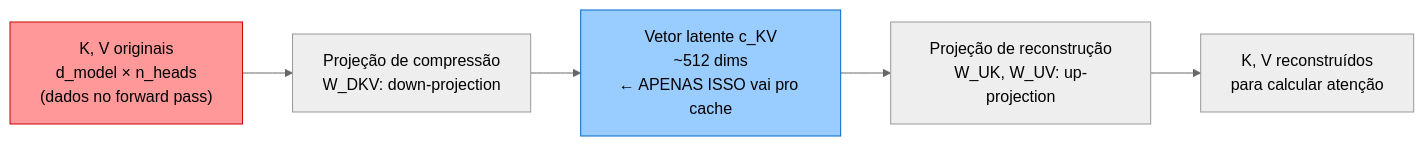
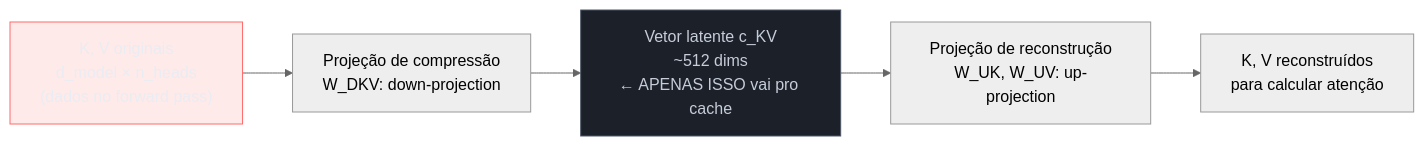
One commit to josenaldo/codex-technomanticus changed the fourth of 5 diagrams in 03-Dominios/Tecnologia/IA/Anatomia dos LLMs/04b - Encolhendo o KV cache — MHA, MQA, GQA, MLA.md. Above: the diagram before and after it, drawn with Mermaid (neutral theme). The commit also changed other lines of this file and 1181 other files, not shown here.

First line of the commit message:
fix(diagramas): paleta do sistema no lugar de cor cravada no markdown

````diff
--- a/03-Dominios/Tecnologia/IA/Anatomia dos LLMs/04b - Encolhendo o KV cache — MHA, MQA, GQA, MLA.md
+++ b/03-Dominios/Tecnologia/IA/Anatomia dos LLMs/04b - Encolhendo o KV cache — MHA, MQA, GQA, MLA.md
@@ -145,9 +151,11 @@
 ```mermaid
 graph LR
+    classDef neutro fill:#1B2029,stroke:#4E5666,color:#C6CCD8
+    classDef falha fill:#FF6B6B24,stroke:#FF6B6B,color:#E9ECF2
     A["K, V originais\nd_model × n_heads\n(dados no forward pass)"] --> B["Projeção de compressão\nW_DKV: down-projection"]
     B --> C["Vetor latente c_KV\n~512 dims\n← APENAS ISSO vai pro cache"]
     C --> D["Projeção de reconstrução\nW_UK, W_UV: up-projection"]
     D --> E["K, V reconstruídos\npara calcular atenção"]
-    style C fill:#99ccff,stroke:#0066cc
-    style A fill:#ff9999,stroke:#cc0000
+    class C neutro
+    class A falha
 ```
````
